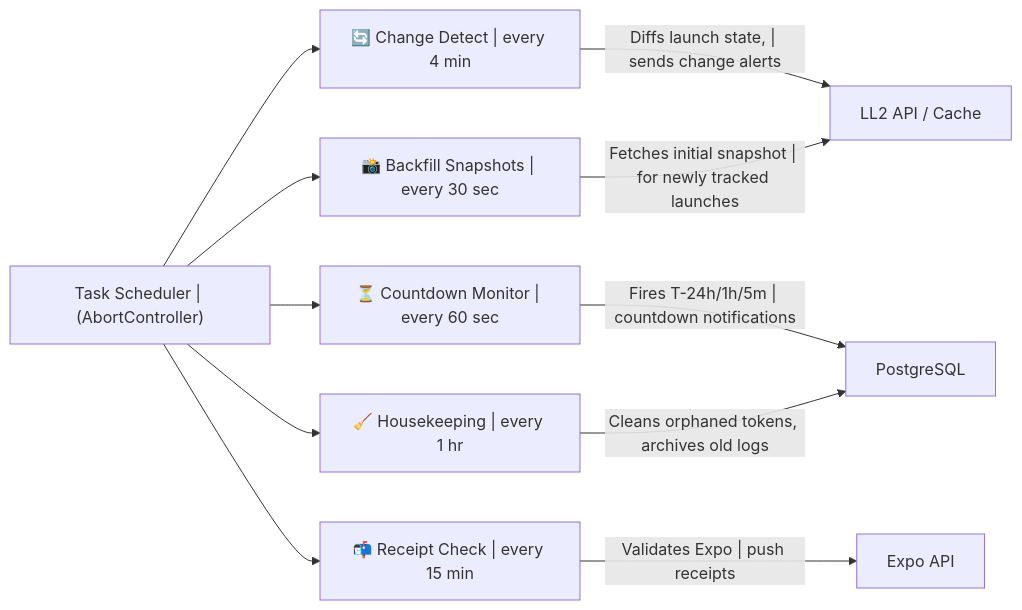
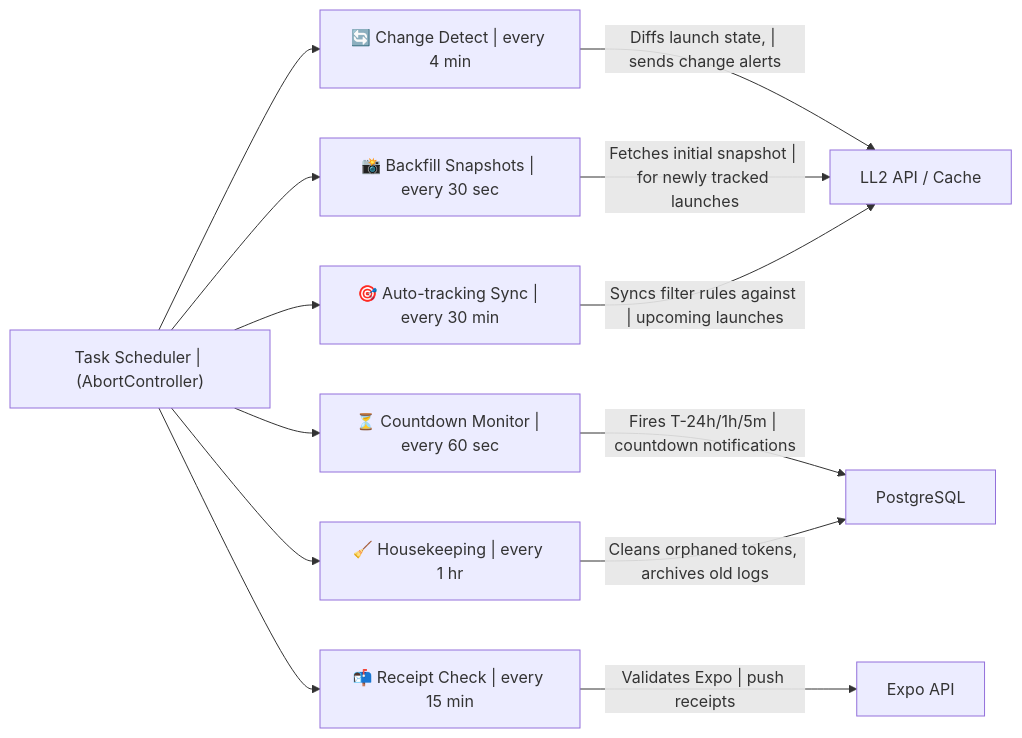
Before and after one commit to jamus/orbitq-api-docs: the sixth of 7 diagrams in README.md, drawn with Mermaid. The commit also changed other lines of this file, not shown here.

Commit message:
Added Auto-Tracking info

````diff
--- a/README.md
+++ b/README.md
@@ -174,16 +218,18 @@
 ```mermaid
 graph LR
     Scheduler["Task Scheduler | (AbortController)"]
 
     Scheduler --> A["🔄 Change Detect | every 4 min"]
     Scheduler --> B["📸 Backfill Snapshots | every 30 sec"]
     Scheduler --> C["⏳ Countdown Monitor | every 60 sec"]
     Scheduler --> D["📬 Receipt Check | every 15 min"]
     Scheduler --> E["🧹 Housekeeping | every 1 hr"]
+    Scheduler --> F["🎯 Auto-tracking Sync | every 30 min"]
 
     A -->|"Diffs launch state, | sends change alerts"| LL2["LL2 API / Cache"]
     B -->|"Fetches initial snapshot | for newly tracked launches"| LL2
     C -->|"Fires T-24h/1h/5m | countdown notifications"| PG["PostgreSQL"]
     D -->|"Validates Expo | push receipts"| Expo["Expo API"]
     E -->|"Cleans orphaned tokens, archives old logs"| PG
+    F -->|"Syncs filter rules against | upcoming launches"| LL2
 ```
````
